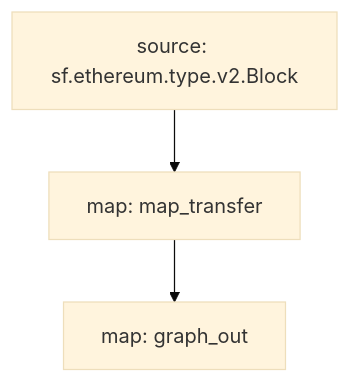
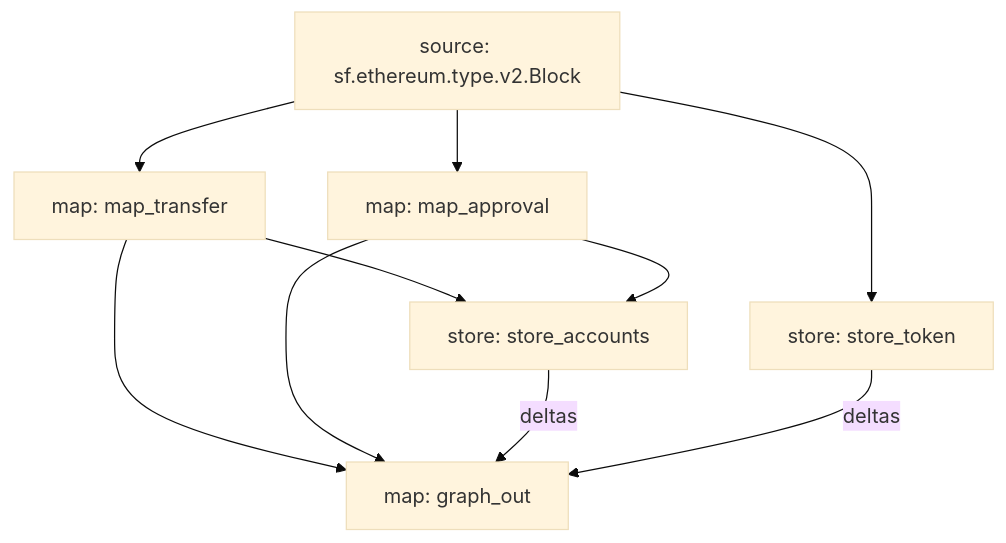
Before and after one commit to itsjerryokolo/apecoin_substreams: the diagram in README.md, drawn with Mermaid (base theme). The commit also changed 1 other file, not shown here.

````diff
--- a/README.md
+++ b/README.md
@@ -3,8 +3,18 @@
 ```mermaid
 graph TD;
   map_transfer[map: map_transfer];
   sf.ethereum.type.v2.Block[source: sf.ethereum.type.v2.Block] --> map_transfer;
+  map_approval[map: map_approval];
+  sf.ethereum.type.v2.Block[source: sf.ethereum.type.v2.Block] --> map_approval;
+  store_accounts[store: store_accounts];
+  map_transfer --> store_accounts;
+  map_approval --> store_accounts;
+  store_token[store: store_token];
+  sf.ethereum.type.v2.Block[source: sf.ethereum.type.v2.Block] --> store_token;
   graph_out[map: graph_out];
   map_transfer --> graph_out;
+  map_approval --> graph_out;
+  store_accounts -- deltas --> graph_out;
+  store_token -- deltas --> graph_out;
 
 ```
````
